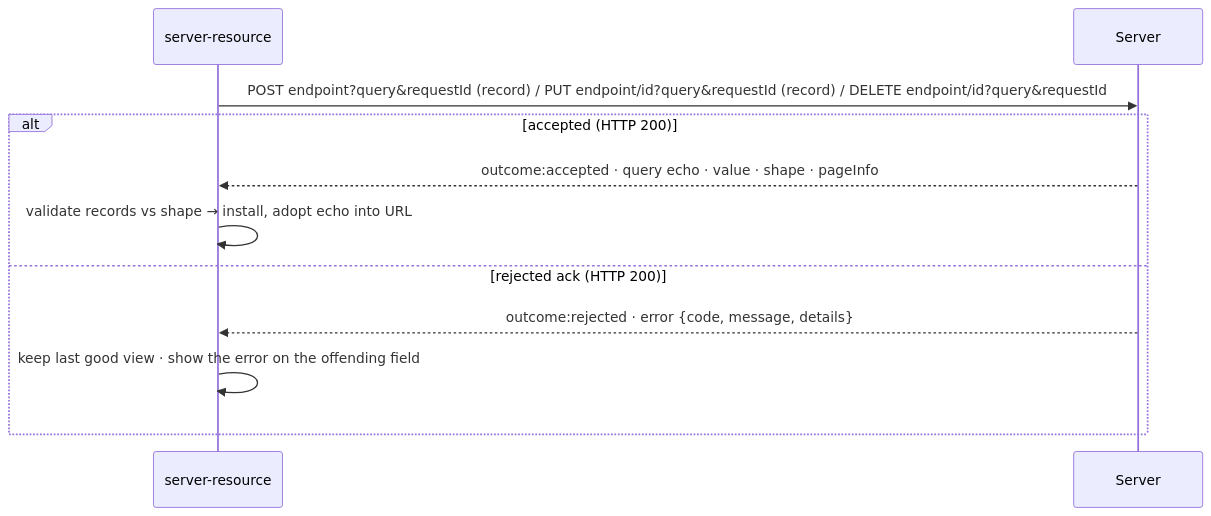
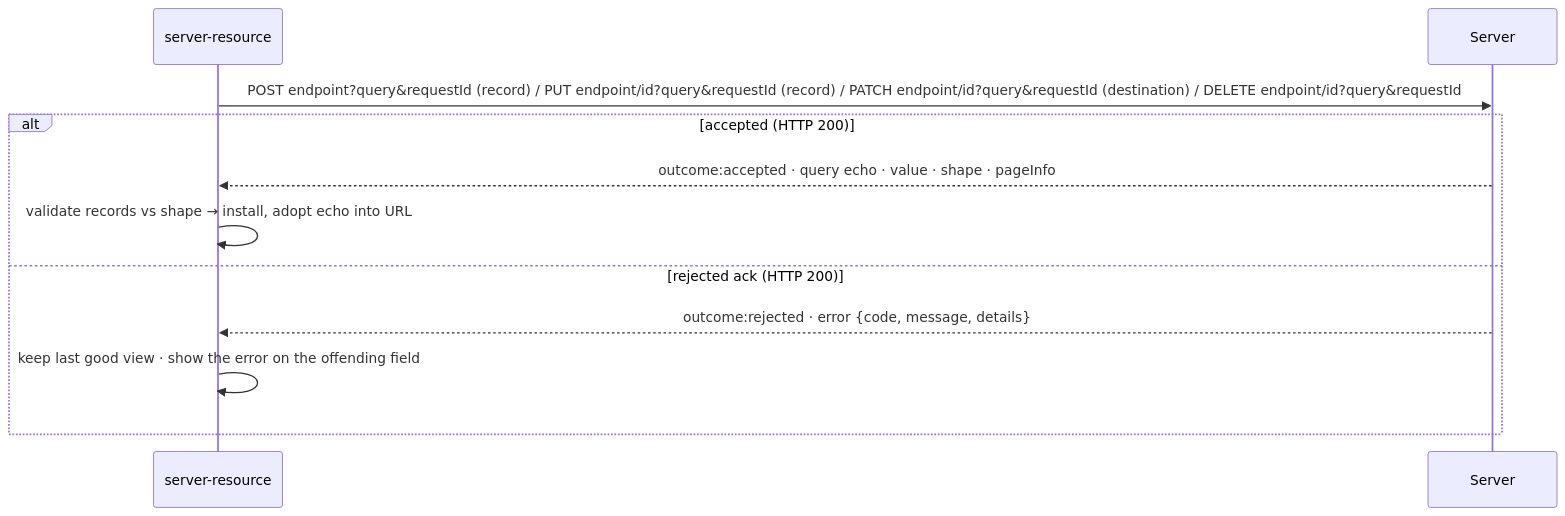
Before and after one commit to avanelsas/baredom: the second of 2 diagrams in barebuild/docs/server-contract.md, drawn with Mermaid. The commit also changed other lines of this file and 14 other files, not shown here.

````diff
--- a/barebuild/docs/server-contract.md
+++ b/barebuild/docs/server-contract.md
@@ -210,14 +215,14 @@
 ```mermaid
 %%{init: {'themeVariables': {'fontSize': '16px'}}}%%
 sequenceDiagram
   participant C as server-resource
   participant S as Server
-  C->>S: POST endpoint?query&requestId (record) / PUT endpoint/id?query&requestId (record) / DELETE endpoint/id?query&requestId
+  C->>S: POST endpoint?query&requestId (record) / PUT endpoint/id?query&requestId (record) / PATCH endpoint/id?query&requestId (destination) / DELETE endpoint/id?query&requestId
   alt accepted (HTTP 200)
     S-->>C: outcome:accepted · query echo · value · shape · pageInfo
     C->>C: validate records vs shape → install, adopt echo into URL
   else rejected ack (HTTP 200)
     S-->>C: outcome:rejected · error {code, message, details}
     C->>C: keep last good view · show the error on the offending field
   end
 ```
````
